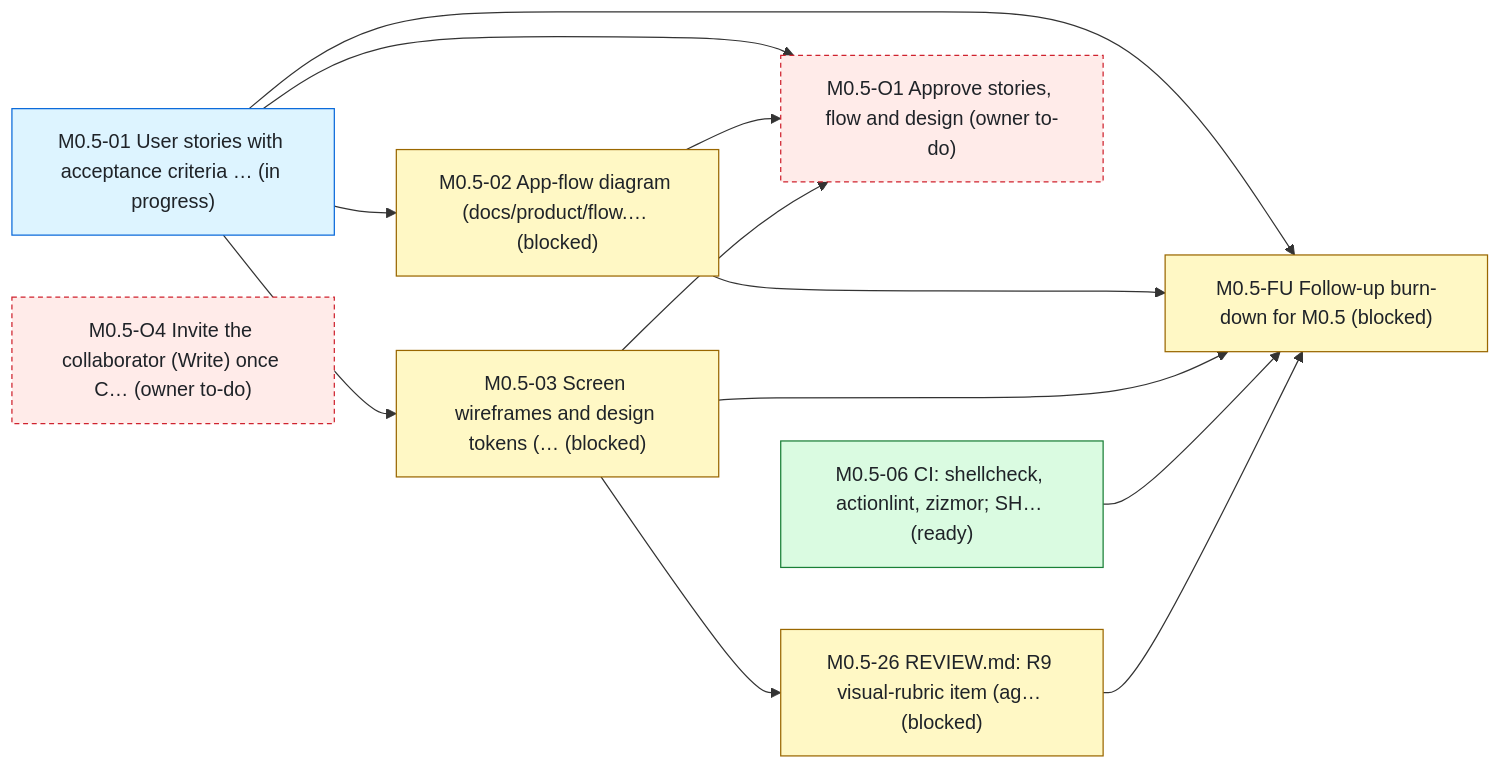
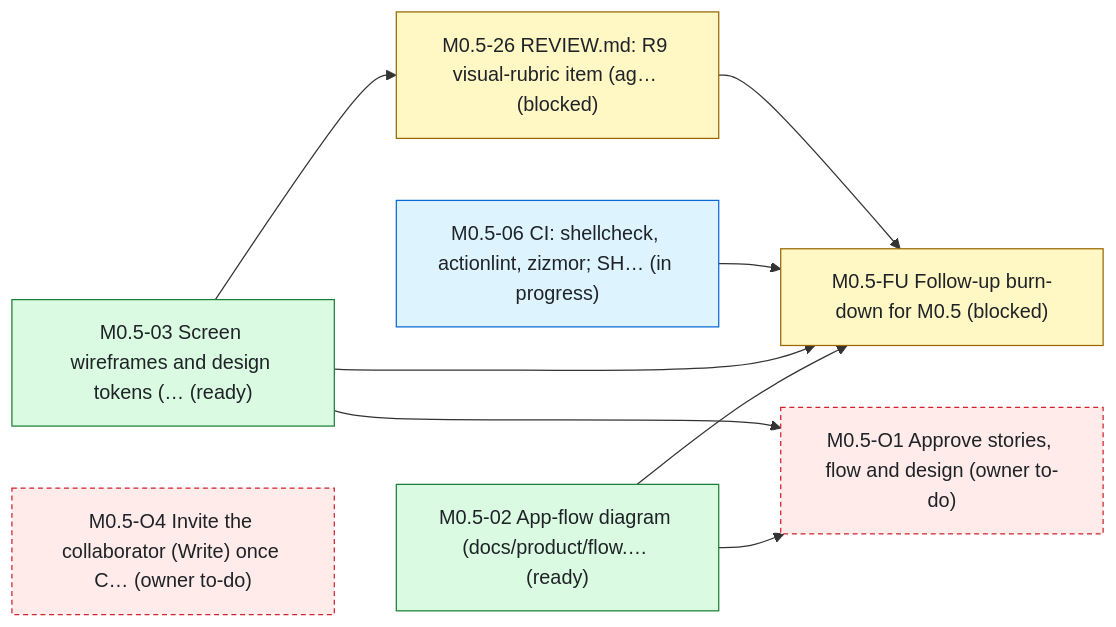
The first of 2 diagrams in status.md (bondo/listicles2), drawn with Mermaid before and after one commit. The commit also changed other lines of this file and 2 other files, not shown here.

Commit message:
status: update

````diff
--- a/status.md
+++ b/status.md
@@ -108,27 +108,22 @@
 ```mermaid
 flowchart LR
-    n0["M0.5-01 User stories with acceptance criteria … (in progress)"]:::progress
-    n1["M0.5-02 App-flow diagram (docs/product/flow.… (blocked)"]:::blocked
-    n2["M0.5-03 Screen wireframes and design tokens (… (blocked)"]:::blocked
-    n3["M0.5-06 CI: shellcheck, actionlint, zizmor#59; SH… (ready)"]:::ready
-    n4["M0.5-FU Follow-up burn-down for M0.5 (blocked)"]:::blocked
-    n5["M0.5-O1 Approve stories, flow and design (owner to-do)"]:::owner
-    n6["M0.5-26 REVIEW.md: R9 visual-rubric item (ag… (blocked)"]:::blocked
-    n7["M0.5-O4 Invite the collaborator (Write) once C… (owner to-do)"]:::owner
-    n0 --> n1
-    n0 --> n2
+    n0["M0.5-02 App-flow diagram (docs/product/flow.… (ready)"]:::ready
+    n1["M0.5-03 Screen wireframes and design tokens (… (ready)"]:::ready
+    n2["M0.5-06 CI: shellcheck, actionlint, zizmor#59; SH… (in progress)"]:::progress
+    n3["M0.5-FU Follow-up burn-down for M0.5 (blocked)"]:::blocked
+    n4["M0.5-O1 Approve stories, flow and design (owner to-do)"]:::owner
+    n5["M0.5-26 REVIEW.md: R9 visual-rubric item (ag… (blocked)"]:::blocked
+    n6["M0.5-O4 Invite the collaborator (Write) once C… (owner to-do)"]:::owner
+    n0 --> n3
+    n1 --> n3
+    n2 --> n3
+    n5 --> n3
     n0 --> n4
     n1 --> n4
-    n2 --> n4
-    n3 --> n4
-    n6 --> n4
-    n0 --> n5
     n1 --> n5
-    n2 --> n5
-    n2 --> n6
     classDef ready fill:#dafbe1,stroke:#1a7f37,color:#1f2328
     classDef progress fill:#ddf4ff,stroke:#0969da,color:#1f2328
     classDef blocked fill:#fff8c5,stroke:#9a6700,color:#1f2328
     classDef owner fill:#ffebe9,stroke:#cf222e,color:#1f2328,stroke-dasharray:4 3
     classDef ext fill:#eaeef2,stroke:#59636e,color:#1f2328,stroke-dasharray:2 2
 ```
````
